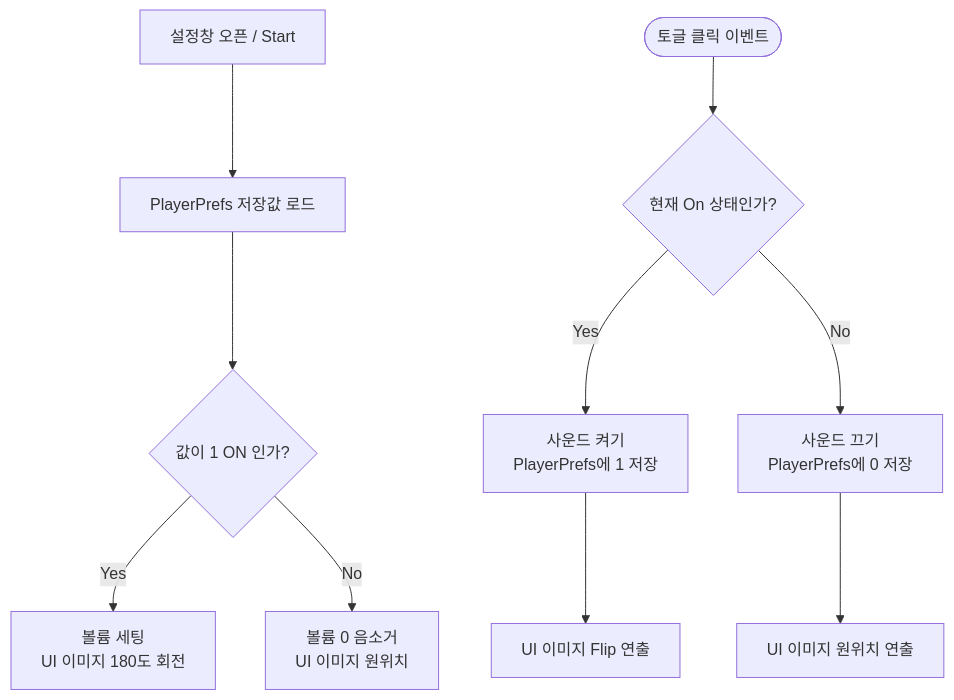
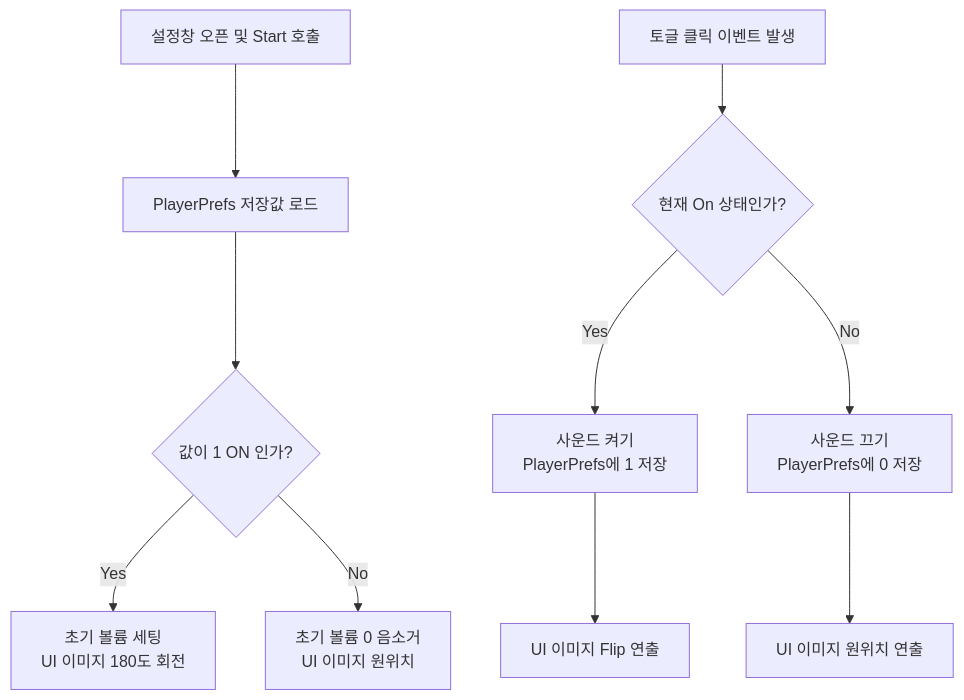
The diagram in Project_TripleSurvivor/SoundOptionsController.md (zergling-cute/zergling-cute), drawn with Mermaid before and after one commit. The commit also changed other lines of this file, not shown here.

````diff
--- a/Project_TripleSurvivor/SoundOptionsController.md
+++ b/Project_TripleSurvivor/SoundOptionsController.md
@@ -23,16 +15,16 @@
 ```mermaid
 flowchart TD
-    A[설정창 오픈 / Start] --> B[PlayerPrefs 저장값 로드]
+    A[설정창 오픈 및 Start 호출] --> B[PlayerPrefs 저장값 로드]
     B --> C{값이 1 ON 인가?}
     
-    C -- Yes --> D[볼륨 세팅<br>UI 이미지 180도 회전]
-    C -- No --> E[볼륨 0 음소거<br>UI 이미지 원위치]
+    C -- Yes --> D[초기 볼륨 세팅<br>UI 이미지 180도 회전]
+    C -- No --> E[초기 볼륨 0 음소거<br>UI 이미지 원위치]
     
-    F([토글 클릭 이벤트]) --> G{현재 On 상태인가?}
+    F[토글 클릭 이벤트 발생] --> G{현재 On 상태인가?}
     
     G -- Yes --> H[사운드 켜기<br>PlayerPrefs에 1 저장]
     G -- No --> I[사운드 끄기<br>PlayerPrefs에 0 저장]
     
     H --> J[UI 이미지 Flip 연출]
     I --> K[UI 이미지 원위치 연출]
 ```
````
